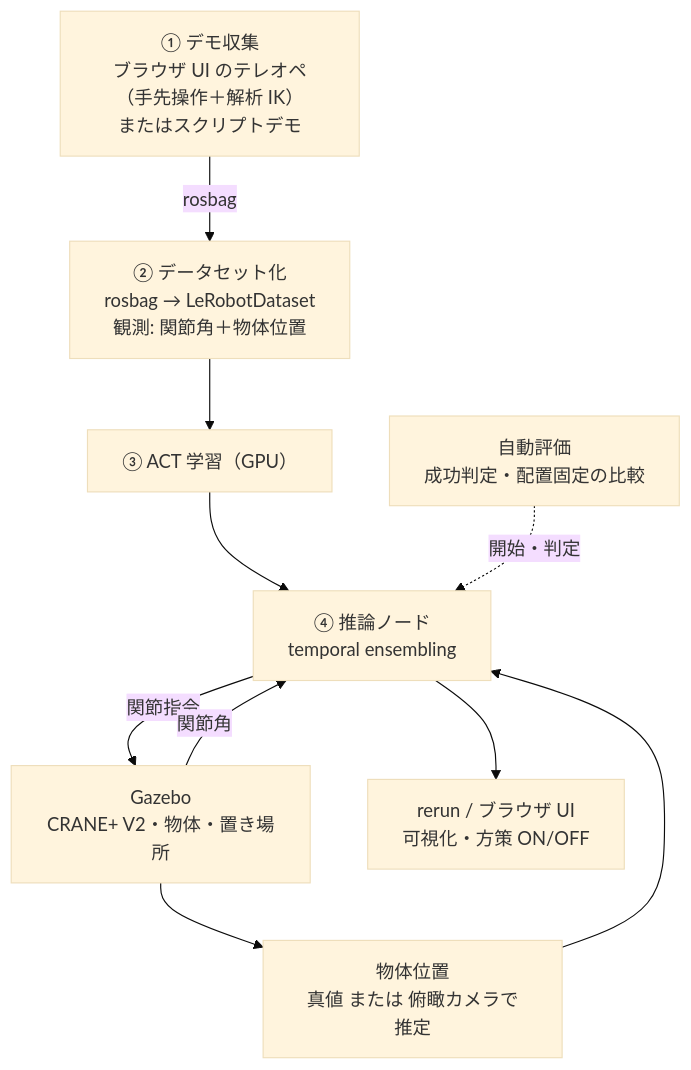
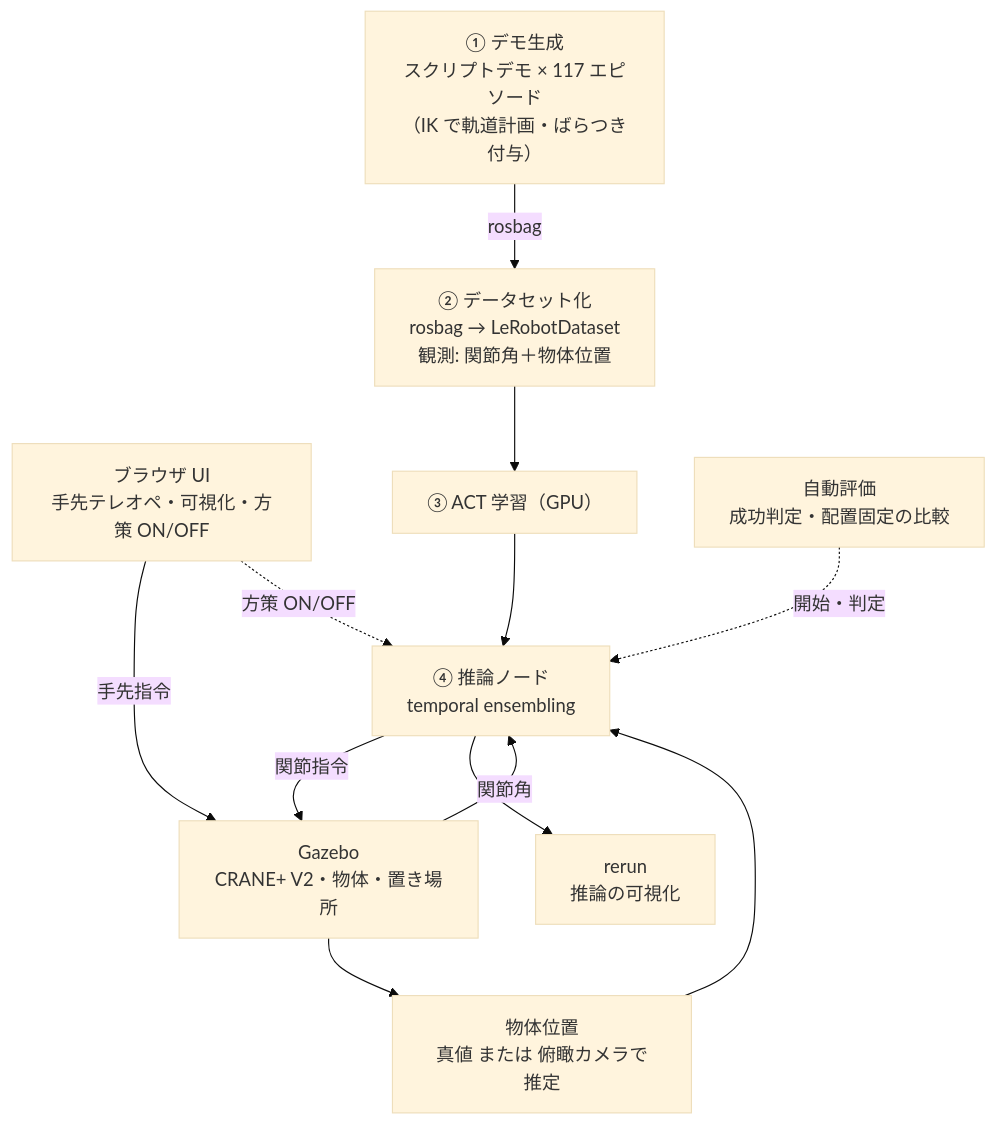
Before and after one commit to ryota0051/pai-final-task-pick-place: the diagram in README.md, drawn with Mermaid (base theme). The commit also changed other lines of this file, not shown here.

Commit message:
README: 学習データはスクリプトデモで生成したことを明記し、構成図でテレオペ UI と分離

````diff
--- a/README.md
+++ b/README.md
@@ -30,18 +31,21 @@
 ```mermaid
 flowchart TD
-  DEMO["① デモ収集<br>ブラウザ UI のテレオペ（手先操作＋解析 IK）<br>またはスクリプトデモ"]
+  DEMO["① デモ生成<br>スクリプトデモ × 117 エピソード<br>（IK で軌道計画・ばらつき付与）"]
+  UI["ブラウザ UI<br>手先テレオペ・可視化・方策 ON/OFF"]
   DATA["② データセット化<br>rosbag → LeRobotDataset<br>観測: 関節角＋物体位置"]
   TRAIN["③ ACT 学習（GPU）"]
   INFER["④ 推論ノード<br>temporal ensembling"]
   SIM["Gazebo<br>CRANE+ V2・物体・置き場所"]
   OBJ["物体位置<br>真値 または 俯瞰カメラで推定"]
-  VIS["rerun / ブラウザ UI<br>可視化・方策 ON/OFF"]
+  VIS["rerun<br>推論の可視化"]
   EVAL["自動評価<br>成功判定・配置固定の比較"]
 
   DEMO -- rosbag --> DATA --> TRAIN --> INFER
   INFER -- 関節指令 --> SIM
   SIM -- 関節角 --> INFER
   SIM --> OBJ --> INFER
   INFER --> VIS
+  UI -- 手先指令 --> SIM
+  UI -. 方策 ON/OFF .-> INFER
   EVAL -. 開始・判定 .-> INFER
 ```
````
